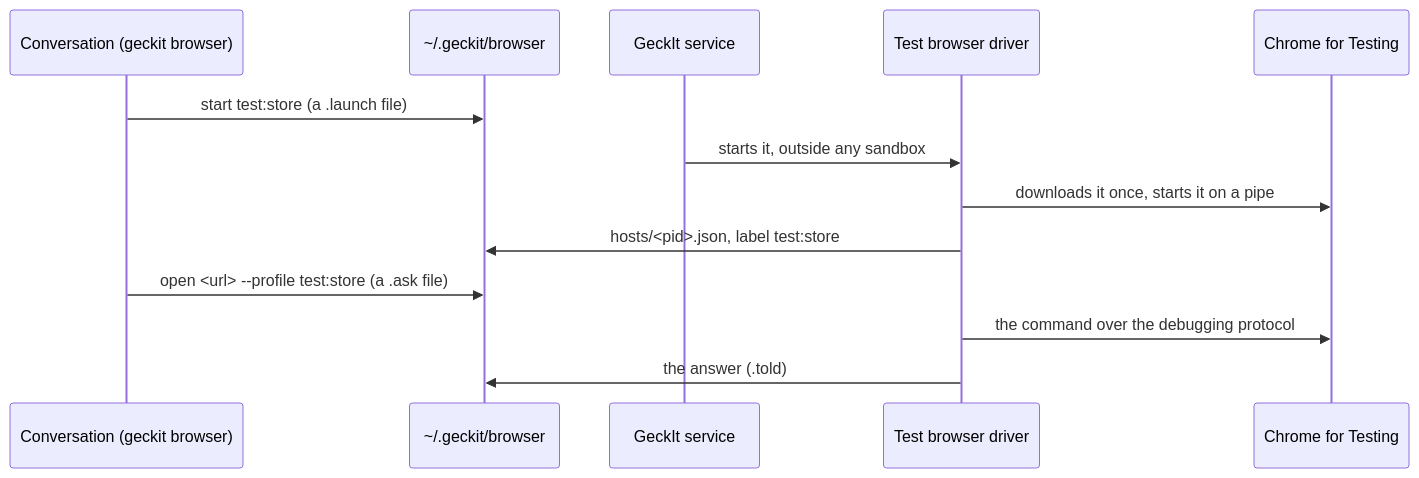
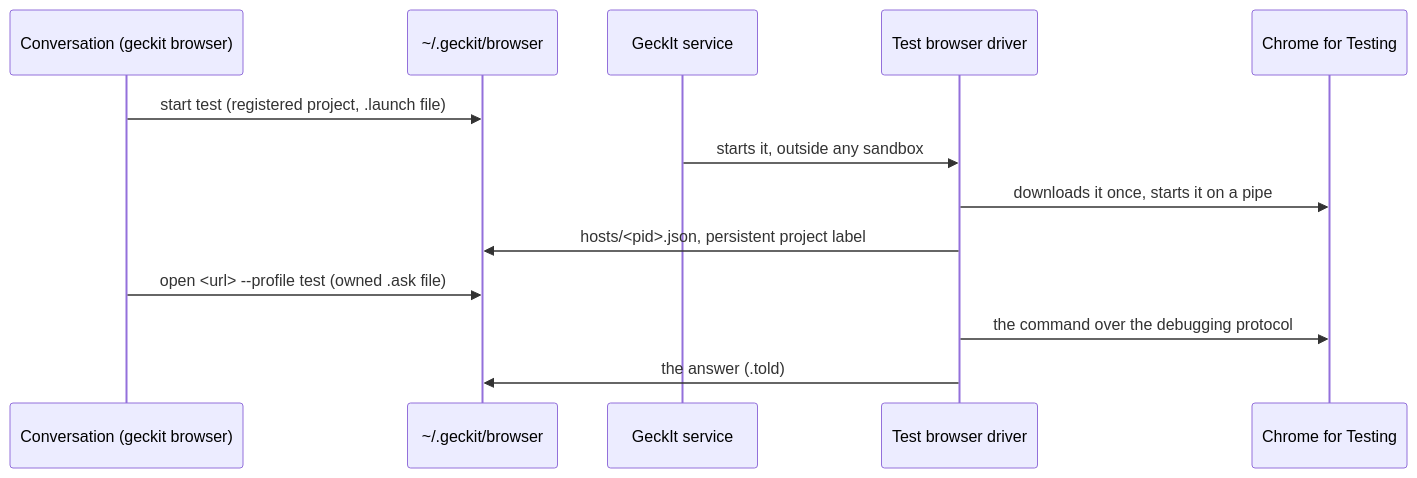
Before and after one commit to anetrebskii/geckit: the first of 2 diagrams in docs/ux/chrome-testing.md, drawn with Mermaid. The commit also changed other lines of this file and 11 other files, not shown here.

Commit message:
fix: enforce project test browser ownership and cleanup

````diff
--- a/docs/ux/chrome-testing.md
+++ b/docs/ux/chrome-testing.md
@@ -15,15 +23,15 @@
 ```mermaid
 sequenceDiagram
   participant C as Conversation (geckit browser)
   participant F as ~/.geckit/browser
   participant S as GeckIt service
   participant D as Test browser driver
   participant B as Chrome for Testing
-  C->>F: start test:store (a .launch file)
+  C->>F: start test (registered project, .launch file)
   S->>D: starts it, outside any sandbox
   D->>B: downloads it once, starts it on a pipe
-  D->>F: hosts/<pid>.json, label test:store
-  C->>F: open <url> --profile test:store (a .ask file)
+  D->>F: hosts/<pid>.json, persistent project label
+  C->>F: open <url> --profile test (owned .ask file)
   D->>B: the command over the debugging protocol
   D->>F: the answer (.told)
 ```
````
